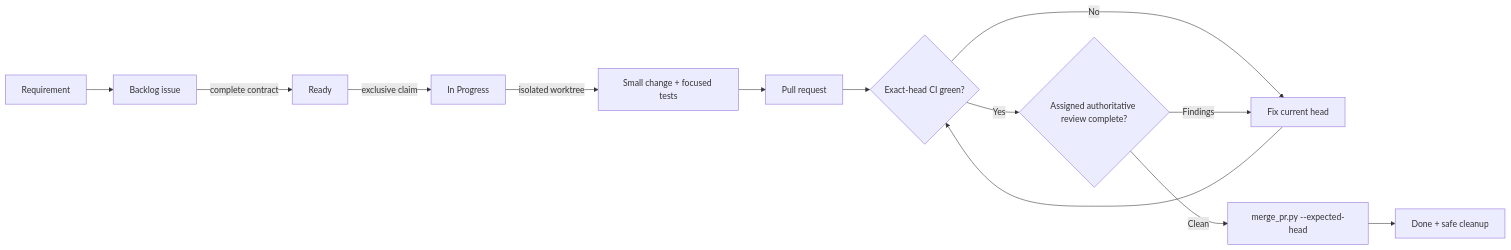
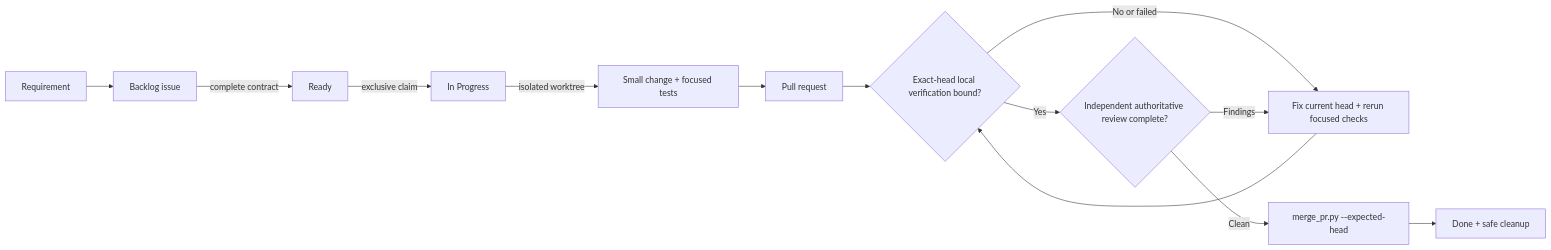
The first of 2 diagrams in README.md (gillella/Aru_Agentic_SDLC), drawn with Mermaid before and after one commit. The commit also changed other lines of this file and 27 other files, not shown here.

````diff
--- a/README.md
+++ b/README.md
@@ -25,15 +26,15 @@
 ```mermaid
 flowchart LR
     R[Requirement] --> B[Backlog issue]
     B -->|complete contract| RD[Ready]
     RD -->|exclusive claim| IP[In Progress]
     IP -->|isolated worktree| CODE[Small change + focused tests]
     CODE --> PR[Pull request]
-    PR --> CI{Exact-head CI green?}
-    CI -->|No| FIX[Fix current head]
-    FIX --> CI
-    CI -->|Yes| REV{Assigned authoritative review complete?}
+    PR --> VERIFY{Exact-head local verification bound?}
+    VERIFY -->|No or failed| FIX[Fix current head + rerun focused checks]
+    FIX --> VERIFY
+    VERIFY -->|Yes| REV{Independent authoritative review complete?}
     REV -->|Findings| FIX
     REV -->|Clean| MERGE[merge_pr.py --expected-head]
     MERGE --> DONE[Done + safe cleanup]
 ```
````
